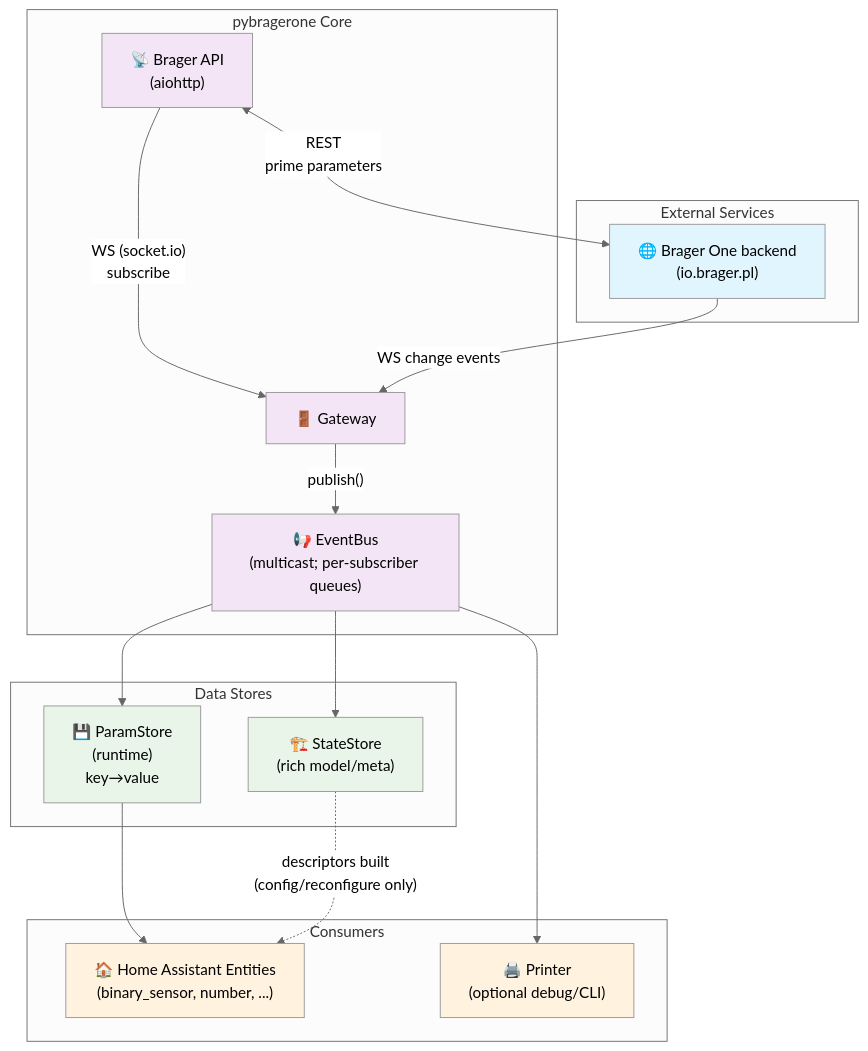
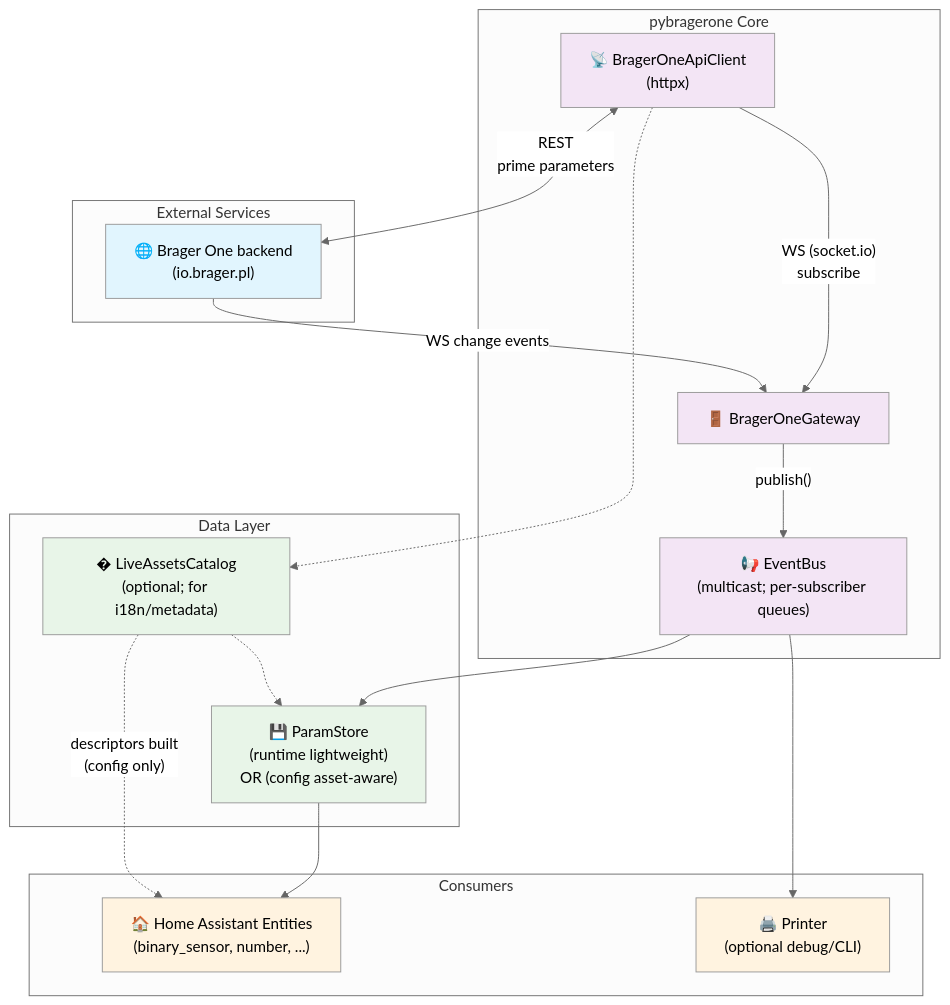
One commit to marpi82/py-bragerone changed the diagram in docs/pybragerone_integration_notes.rst. Above: the diagram before and after it, drawn with Mermaid (neutral theme). The commit also changed other lines of this file and 2 other files, not shown here.

First paragraph of the commit message:
docs: Major documentation update - remove StateStore, fix imports and examples
BREAKING CHANGES IN DOCUMENTATION:
- Removed all StateStore references (no longer exists in codebase)
- Updated to reflect current architecture with ParamStore only

```diff
--- a/docs/pybragerone_integration_notes.rst
+++ b/docs/pybragerone_integration_notes.rst
@@ -35,48 +35,51 @@
 .. mermaid::
 
    graph TB
        subgraph "External Services"
            Backend["🌐 Brager One backend<br/>(io.brager.pl)"]
        end
 
        subgraph "pybragerone Core"
-           API["📡 Brager API<br/>(aiohttp)"]
-           Gateway["🚪 Gateway"]
+           API["📡 BragerOneApiClient<br/>(httpx)"]
+           Gateway["🚪 BragerOneGateway"]
            Bus["📢 EventBus<br/>(multicast; per-subscriber queues)"]
        end
 
-       subgraph "Data Stores"
-           ParamStore["💾 ParamStore<br/>(runtime)<br/>key→value"]
-           StateStore["🏗️ StateStore<br/>(rich model/meta)"]
+       subgraph "Data Layer"
+           ParamStore["💾 ParamStore<br/>(runtime lightweight)<br/>OR (config asset-aware)"]
+           Catalog["�️ LiveAssetsCatalog<br/>(optional; for i18n/metadata)"]
        end
 
        subgraph "Consumers"
            HA["🏠 Home Assistant Entities<br/>(binary_sensor, number, ...)"]
            Printer["🖨️ Printer<br/>(optional debug/CLI)"]
        end
 
        %% Main data flow
        API <-->|"REST<br/>prime parameters"| Backend
        API -->|"WS (socket.io)<br/>subscribe"| Gateway
        Backend -->|"WS change events"| Gateway
        Gateway -->|"publish()"| Bus
 
        %% Store connections
        Bus --> ParamStore
-       Bus --> StateStore
        Bus --> Printer
+
+       %% Asset catalog (optional)
+       API -.-> Catalog
+       Catalog -.-> ParamStore
 
        %% HA integration
        ParamStore --> HA
-       StateStore -.->|"descriptors built<br/>(config/reconfigure only)"| HA
+       Catalog -.->|"descriptors built<br/>(config only)"| HA
 
        %% Styling
        classDef external fill:#e1f5fe
        classDef core fill:#f3e5f5
        classDef store fill:#e8f5e8
        classDef consumer fill:#fff3e0
 
        class Backend external
        class API,Gateway,Bus core
-       class ParamStore,StateStore store
+       class ParamStore,Catalog store
        class HA,Printer consumer
```
